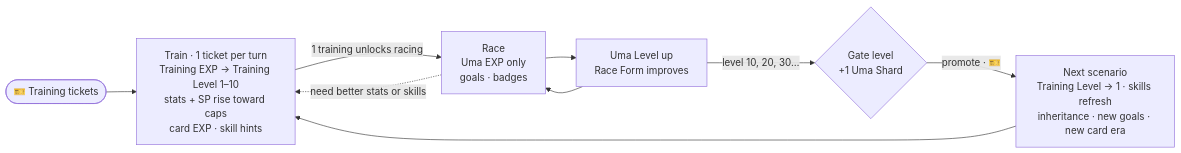
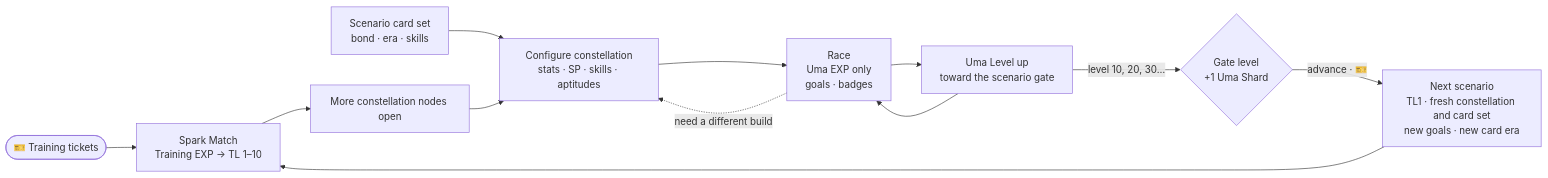
Before and after one commit to luismlorenzana/uma-racer: the first of 2 diagrams in docs/design/00-overview.md, drawn with Mermaid. The commit also changed other lines of this file and 18 other files, not shown here.

````diff
--- a/docs/design/00-overview.md
+++ b/docs/design/00-overview.md
@@ -27,11 +27,14 @@
 ```mermaid
 flowchart LR
-    Tix([🎫 Training tickets]) --> Train
-    Train["Train · 1 ticket per turn<br/>Training EXP → Training Level 1–10<br/>stats + SP rise toward caps<br/>card EXP · skill hints"] -->|"1 training unlocks racing"| Race
-    Race["Race<br/>Uma EXP only<br/>goals · badges"] --> LevelUp["Uma Level up<br/>Race Form improves"]
+    Tix([🎫 Training tickets]) --> Spark["Spark Match<br/>Training EXP → TL 1–10"]
+    Spark --> Nodes["More constellation nodes open"]
+    Cards["Scenario card set<br/>bond · era · skills"] --> Build["Configure constellation<br/>stats · SP · skills · aptitudes"]
+    Nodes --> Build
+    Build --> Race
+    Race["Race<br/>Uma EXP only<br/>goals · badges"] --> LevelUp["Uma Level up<br/>toward the scenario gate"]
     LevelUp --> Race
-    Race -.->|"need better stats or skills"| Train
+    Race -.->|"need a different build"| Build
     LevelUp -->|"level 10, 20, 30…"| Gate{"Gate level<br/>+1 Uma Shard"}
-    Gate -->|"promote · 🎫"| Next["Next scenario<br/>Training Level → 1 · skills refresh<br/>inheritance · new goals · new card era"]
-    Next --> Train
+    Gate -->|"advance · 🎫"| Next["Next scenario<br/>TL1 · fresh constellation and card set<br/>new goals · new card era"]
+    Next --> Spark
 ```
````
